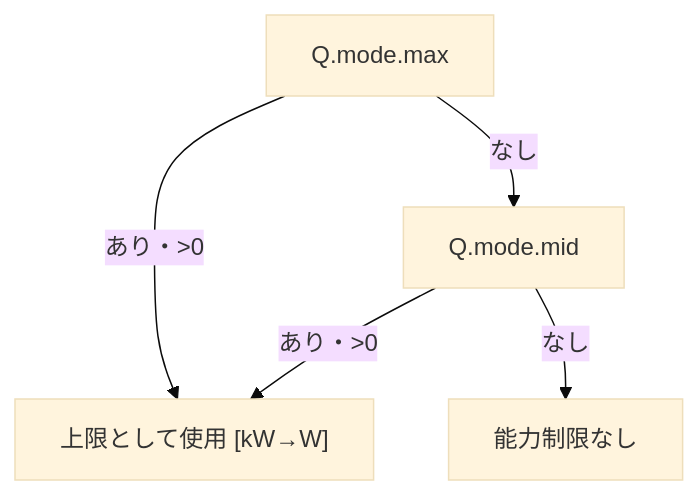
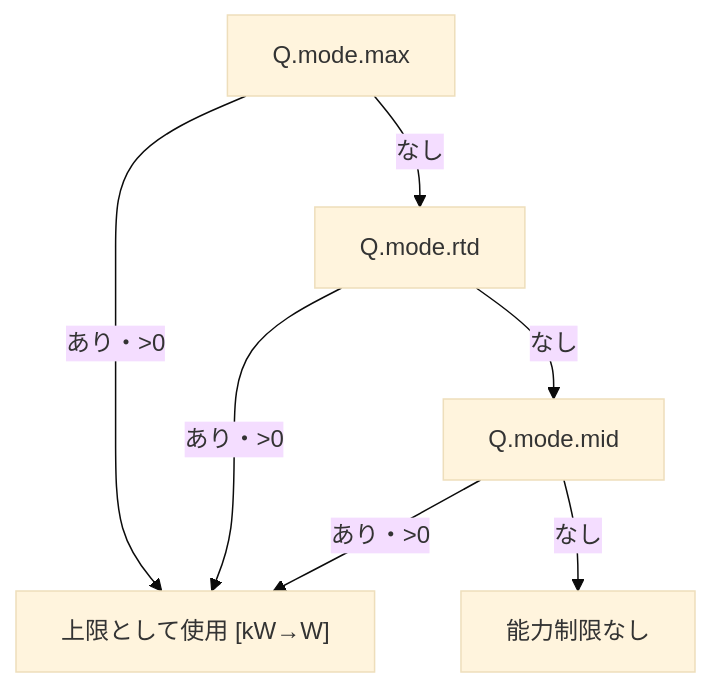
One commit to iguchi-lab/vtsimnx changed the first of 2 diagrams in engine/docs/aircon_spec_reference.md. Above: the diagram before and after it, drawn with Mermaid (base theme). The commit also changed other lines of this file and 19 other files, not shown here.

````diff
--- a/engine/docs/aircon_spec_reference.md
+++ b/engine/docs/aircon_spec_reference.md
@@ -26,7 +26,9 @@
 ```mermaid
 flowchart TD
     A["Q.mode.max"] -->|あり・>0| USE["上限として使用 [kW→W]"]
-    A -->|なし| B["Q.mode.mid"]
+    A -->|なし| R["Q.mode.rtd"]
+    R -->|あり・>0| USE
+    R -->|なし| B["Q.mode.mid"]
     B -->|あり・>0| USE
     B -->|なし| N["能力制限なし"]
 ```
````
